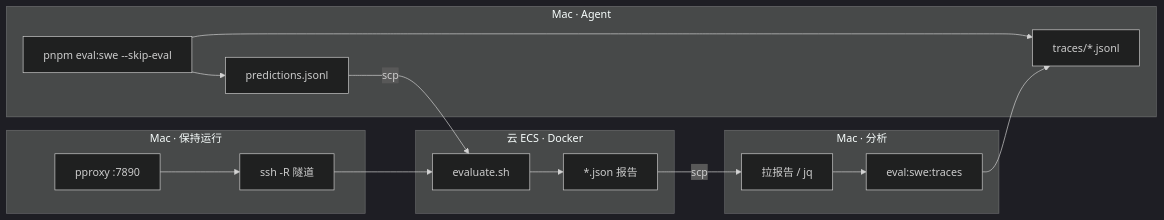
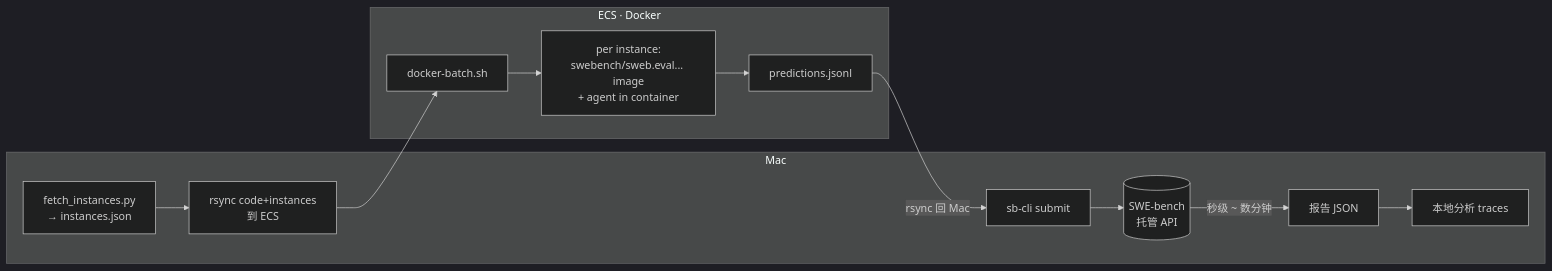
One commit to rikkiwang1224/coding-agent-chat-oss changed the diagram in packages/harness/eval/swe-bench/WORKFLOW.md. Above: the diagram before and after it, drawn with Mermaid (dark theme). The commit also changed other lines of this file and 6 other files, not shown here.

First line of the commit message:
Document SWE-bench ECS docker eval path and fix provider base URLs.

````diff
--- a/packages/harness/eval/swe-bench/WORKFLOW.md
+++ b/packages/harness/eval/swe-bench/WORKFLOW.md
@@ -5,28 +5,16 @@
 ```mermaid
 flowchart LR
-  subgraph mac_agent [Mac · Agent]
-    A1["pnpm eval:swe --skip-eval"]
-    A2["predictions.jsonl"]
-    A3["traces/*.jsonl"]
+  subgraph mac [Mac]
+    A1[fetch_instances.py<br>→ instances.json]
+    A1 --> A2[rsync code+instances<br>到 ECS]
+    A5[sb-cli submit] --> API
+    R[报告 JSON] --> A6[本地分析 traces]
   end
-  subgraph mac_tunnel [Mac · 保持运行]
-    T1["pproxy :7890"]
-    T2["ssh -R 隧道"]
+  subgraph ecs [ECS · Docker]
+    B1[docker-batch.sh] --> B2[per instance:<br>swebench/sweb.eval... image<br>+ agent in container]
+    B2 --> B3[predictions.jsonl]
   end
-  subgraph cloud [云 ECS · Docker]
-    C1["evaluate.sh"]
-    C2["*.json 报告"]
-  end
-  subgraph mac_analyze [Mac · 分析]
-    M1["拉报告 / jq"]
-    M2["eval:swe:traces"]
-  end
-  A1 --> A2
-  A1 --> A3
-  A2 -->|scp| C1
-  T1 --> T2 --> C1
-  C1 --> C2
-  C2 -->|scp| M1
-  M1 --> M2
-  M2 --> A3
+  A2 --> B1
+  B3 -->|rsync 回 Mac| A5
+  API[(SWE-bench<br>托管 API)] -->|秒级 ~ 数分钟| R
 ```
````
